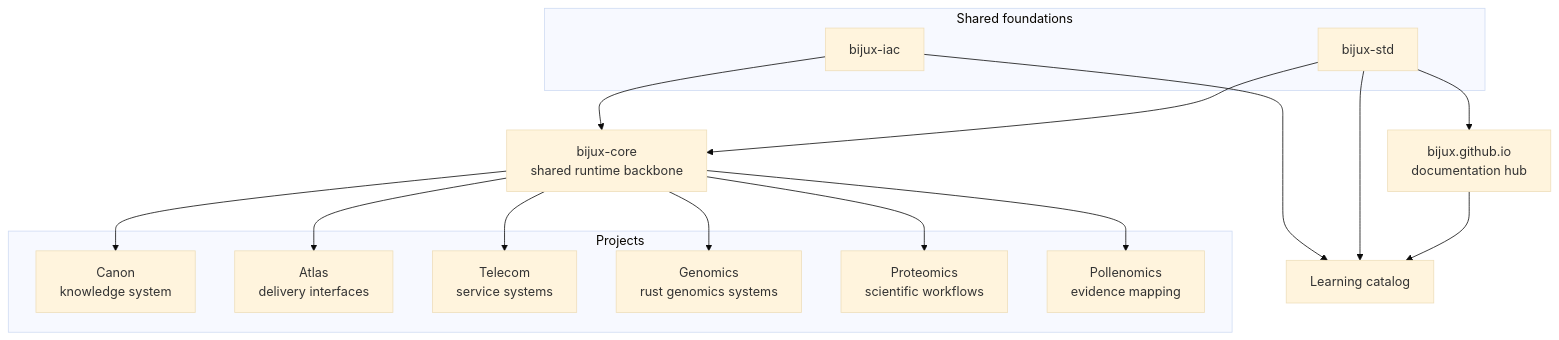
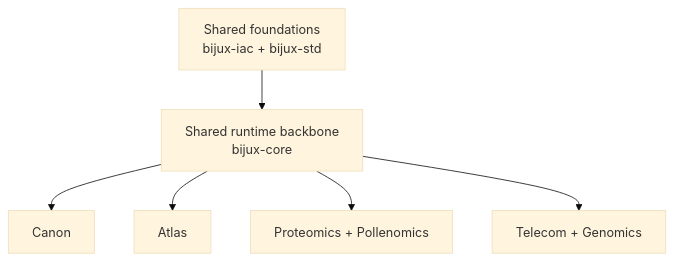
Before and after one commit to bijux/bijux.github.io: the diagram in docs/04-projects/index.md, drawn with Mermaid (base theme). The commit also changed other lines of this file and 1 other file, not shown here.

Commit message:
docs(routes): simplify the projects and learning overviews

````diff
--- a/docs/04-projects/index.md
+++ b/docs/04-projects/index.md
@@ -26,34 +25,8 @@
 ```mermaid
 graph TD
-    subgraph foundations["Shared foundations"]
-        iac["bijux-iac"]
-        std["bijux-std"]
-    end
-
-    hub["bijux.github.io<br/>documentation hub"]
-    core["bijux-core<br/>shared runtime backbone"]
-
-    subgraph projects["Projects"]
-        canon["Canon<br/>knowledge system"]
-        atlas["Atlas<br/>delivery interfaces"]
-        telecom["Telecom<br/>service systems"]
-        genomics["Genomics<br/>rust genomics systems"]
-        proteomics["Proteomics<br/>scientific workflows"]
-        pollenomics["Pollenomics<br/>evidence mapping"]
-    end
-
-    learning_index["Learning catalog"]
-
-    iac --> core
-    std --> core
-    std --> hub
-    iac --> learning_index
-    std --> learning_index
-    hub --> learning_index
-    core --> canon
-    core --> atlas
-    core --> telecom
-    core --> genomics
-    core --> proteomics
-    core --> pollenomics
+    foundations["Shared foundations<br/>bijux-iac + bijux-std"] --> core["Shared runtime backbone<br/>bijux-core"]
+    core --> canon["Canon"]
+    core --> atlas["Atlas"]
+    core --> domains["Proteomics + Pollenomics"]
+    core --> systems["Telecom + Genomics"]
 ```
````
